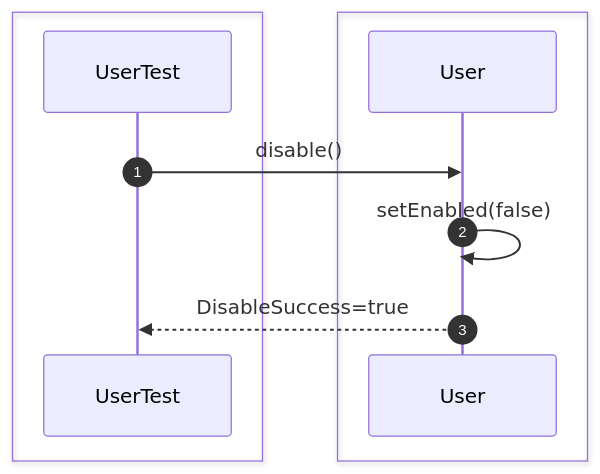
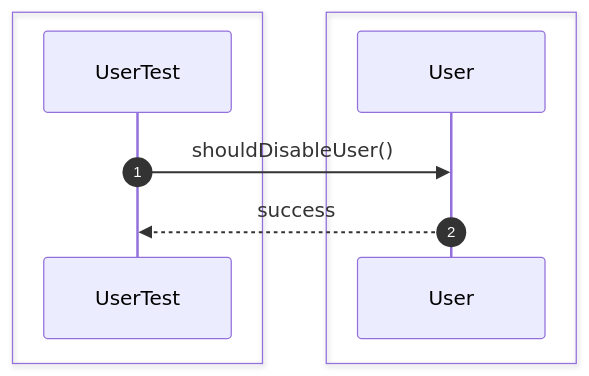
Before and after one commit to Huy1801214/dbms-architecture: diagram 16 of 35 in src/sequence/security.md, drawn with Mermaid. The commit also changed other lines of this file and 68 other files, not shown here.

Commit message:
implement comprehensive unit test suite and architectural sequence documentation

````diff
--- a/src/sequence/security.md
+++ b/src/sequence/security.md
@@ -288,15 +233,13 @@
 ```mermaid
 sequenceDiagram
     autonumber
-
     box #e1f5fe Test Suite
     participant Test as UserTest
     end
-    box #e3f2fd Security Components
-    participant User as User
+    box #e3f2fd User Component
+    participant U as User
     end
 
-    Test->>User: disable()
-    User->>User: setEnabled(false)
-    User-->>Test: DisableSuccess=true
+    Test->>U: shouldDisableUser()
+    U-->>Test: success
 ```
````
